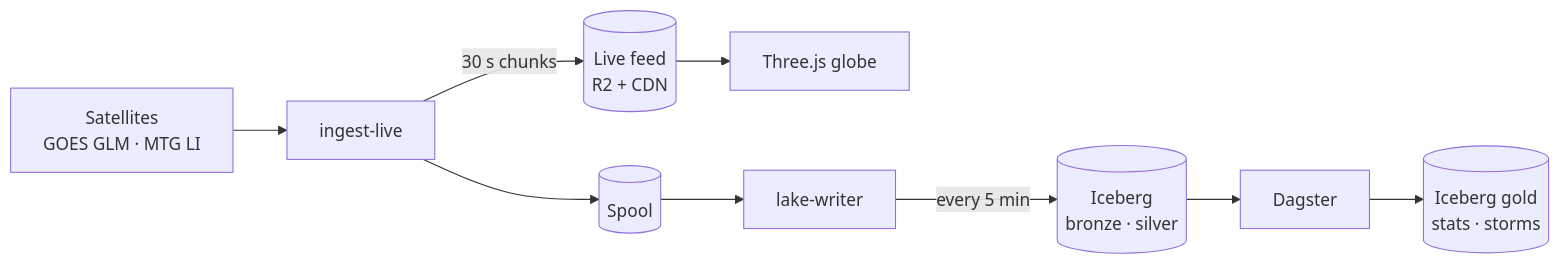
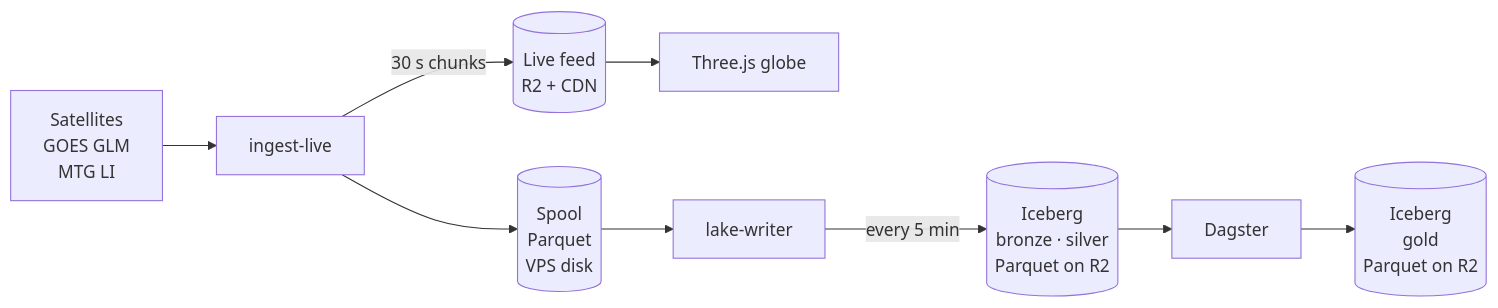
One commit to pierregc/scintille changed the diagram in README.md. Above: the diagram before and after it, drawn with Mermaid.

Commit message:
docs: show where each layer is stored in the README diagram

````diff
--- a/README.md
+++ b/README.md
@@ -13,8 +13,8 @@
 ```mermaid
 flowchart LR
-    sat["Satellites<br/>GOES GLM · MTG LI"] --> ingest["ingest-live"]
+    sat["Satellites<br/>GOES GLM<br/>MTG LI"] --> ingest["ingest-live"]
     ingest -->|30 s chunks| live[("Live feed<br/>R2 + CDN")] --> globe["Three.js globe"]
-    ingest --> spool[("Spool")] --> writer["lake-writer"]
-    writer -->|every 5 min| lake[("Iceberg<br/>bronze · silver")]
-    lake --> dagster["Dagster"] --> gold[("Iceberg gold<br/>stats · storms")]
+    ingest --> spool[("Spool<br/>Parquet<br/>VPS disk")] --> writer["lake-writer"]
+    writer -->|every 5 min| lake[("Iceberg<br/>bronze · silver<br/>Parquet on R2")]
+    lake --> dagster["Dagster"] --> gold[("Iceberg<br/>gold<br/>Parquet on R2")]
 ```
````
